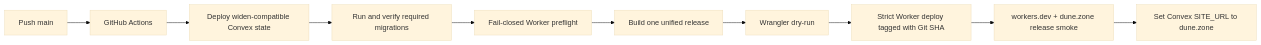
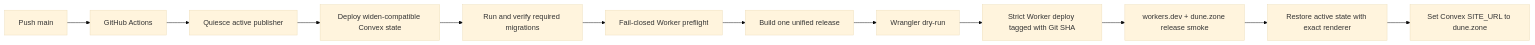
One commit to ndelangen/tanstack-start changed the diagram in docs/deployment.md. Above: the diagram before and after it, drawn with Mermaid (base theme). The commit also changed other lines of this file and 18 other files, not shown here.

````diff
--- a/docs/deployment.md
+++ b/docs/deployment.md
@@ -172,12 +180,14 @@
 ```mermaid
 flowchart LR
     Git[Push main] --> GHA[GitHub Actions]
-    GHA --> ConvexDeploy[Deploy widen-compatible Convex state]
+    GHA --> Quiesce[Quiesce active publisher]
+    Quiesce --> ConvexDeploy[Deploy widen-compatible Convex state]
     ConvexDeploy --> Migrations[Run and verify required migrations]
     Migrations --> Preflight[Fail-closed Worker preflight]
     Preflight --> Build[Build one unified release]
     Build --> DryRun[Wrangler dry-run]
     DryRun --> WorkerDeploy[Strict Worker deploy tagged with Git SHA]
     WorkerDeploy --> Smoke[workers.dev + dune.zone release smoke]
-    Smoke --> SiteUrl[Set Convex SITE_URL to dune.zone]
+    Smoke --> Activate[Restore active state with exact renderer]
+    Activate --> SiteUrl[Set Convex SITE_URL to dune.zone]
 ```
````
